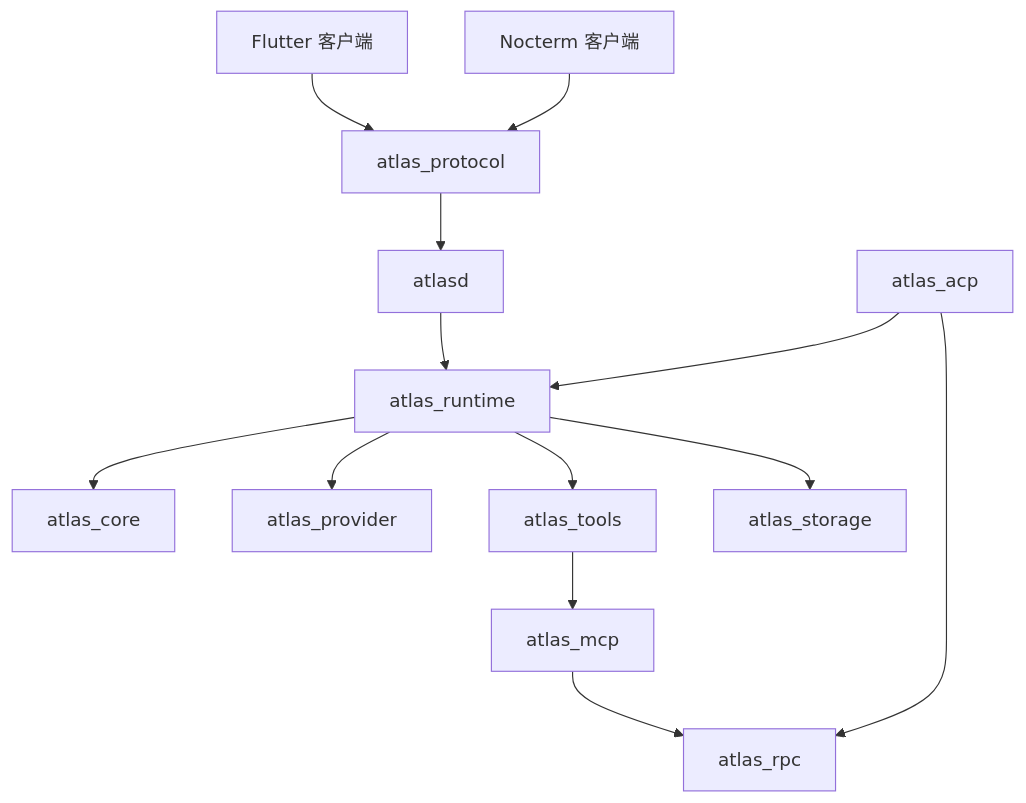
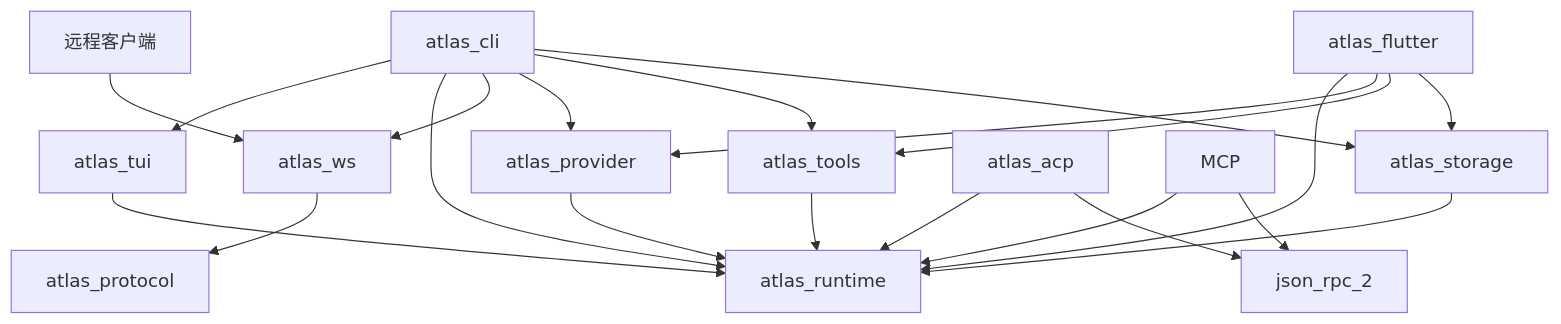
The diagram in docs/zh-CN/architecture.md (gvenusleo/Atlas), drawn with Mermaid before and after one commit. The commit also changed other lines of this file and 38 other files, not shown here.

````diff
--- a/docs/zh-CN/architecture.md
+++ b/docs/zh-CN/architecture.md
@@ -11,15 +12,23 @@
 ```mermaid
 graph TD
-    FL[Flutter 客户端] --> AP[atlas_protocol]
-    TUI[Nocterm 客户端] --> AP
-    AP --> D[atlasd]
+    CLI[atlas_cli] --> TUI[atlas_tui]
+    CLI --> RT[atlas_runtime]
+    CLI --> WS[atlas_ws]
+    CLI --> PROVIDER[atlas_provider]
+    CLI --> TOOLS[atlas_tools]
+    CLI --> STORAGE[atlas_storage]
+    FL[atlas_flutter] --> RT
+    FL --> PROVIDER
+    FL --> TOOLS
+    FL --> STORAGE
+    TUI --> RT
+    REMOTE[远程客户端] --> WS
+    WS --> AP[atlas_protocol]
     ACP[atlas_acp] --> RT[atlas_runtime]
-    D --> RT
-    RT --> CORE[atlas_core]
-    RT --> PROVIDER[atlas_provider]
-    RT --> TOOLS[atlas_tools]
-    RT --> STORAGE[atlas_storage]
-    TOOLS --> MCP[atlas_mcp]
-    ACP --> RPC[atlas_rpc]
-    MCP --> RPC
+    MCP --> RT
+    PROVIDER --> RT
+    TOOLS --> RT
+    STORAGE --> RT
+    ACP --> JRPC[json_rpc_2]
+    MCP --> JRPC
 ```
````
